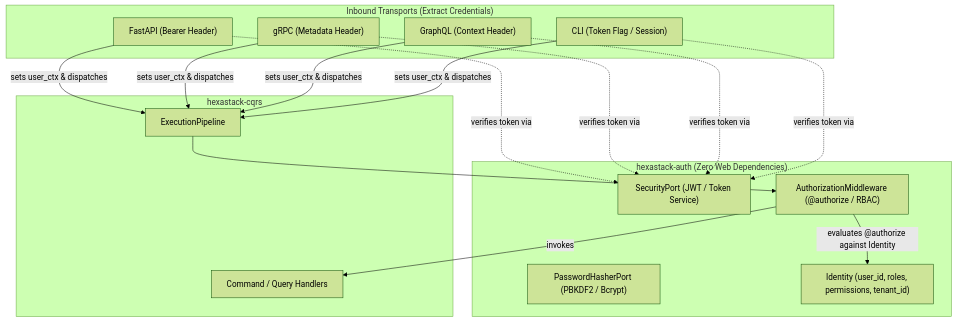
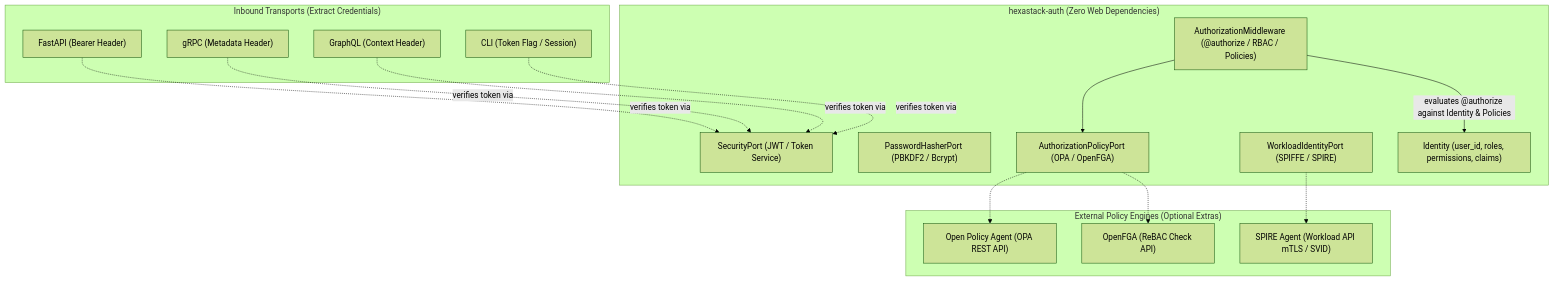
Before and after one commit to TheTrueSCU/hexastack: the diagram in packages/hexastack_auth/README.md, drawn with Mermaid (forest theme). The commit also changed other lines of this file and 35 other files, not shown here.

Commit message:
expand hexastack-auth with spire, spiffle, opa, openfga, and provide support for fastapi, graphql, grcp, and mcp.

````diff
--- a/packages/hexastack_auth/README.md
+++ b/packages/hexastack_auth/README.md
@@ -11,35 +11,36 @@
 ```mermaid
 graph TD
     subgraph DrivingTransports ["Inbound Transports (Extract Credentials)"]
         HTTP["FastAPI (Bearer Header)"]
         GRPC["gRPC (Metadata Header)"]
         GQL["GraphQL (Context Header)"]
         CLI["CLI (Token Flag / Session)"]
     end
 
     subgraph SecurityKernel ["hexastack-auth (Zero Web Dependencies)"]
         SEC_PORT["SecurityPort (JWT / Token Service)"]
         HASH_PORT["PasswordHasherPort (PBKDF2 / Bcrypt)"]
-        ID_MODEL["Identity (user_id, roles, permissions, tenant_id)"]
-        MID["AuthorizationMiddleware (@authorize / RBAC)"]
+        POLICY_PORT["AuthorizationPolicyPort (OPA / OpenFGA)"]
+        WORKLOAD_PORT["WorkloadIdentityPort (SPIFFE / SPIRE)"]
+        ID_MODEL["Identity (user_id, roles, permissions, claims)"]
+        MID["AuthorizationMiddleware (@authorize / RBAC / Policies)"]
     end
 
-    subgraph CQRS ["hexastack-cqrs"]
-        PIPE["ExecutionPipeline"]
-        CMD["Command / Query Handlers"]
+    subgraph PolicyEngines ["External Policy Engines (Optional Extras)"]
+        OPA["Open Policy Agent (OPA REST API)"]
+        OPENFGA["OpenFGA (ReBAC Check API)"]
+        SPIFFE["SPIRE Agent (Workload API mTLS / SVID)"]
     end
 
     HTTP -.->|verifies token via| SEC_PORT
     GRPC -.->|verifies token via| SEC_PORT
     GQL -.->|verifies token via| SEC_PORT
     CLI -.->|verifies token via| SEC_PORT
 
-    HTTP -->|sets user_ctx & dispatches| PIPE
-    GRPC -->|sets user_ctx & dispatches| PIPE
-    GQL -->|sets user_ctx & dispatches| PIPE
-    CLI -->|sets user_ctx & dispatches| PIPE
+    POLICY_PORT -.-> OPA
+    POLICY_PORT -.-> OPENFGA
+    WORKLOAD_PORT -.-> SPIFFE
 
-    PIPE --> MID
-    MID -->|evaluates @authorize against Identity| ID_MODEL
-    MID -->|invokes| CMD
+    MID -->|evaluates @authorize against Identity & Policies| ID_MODEL
+    MID --> POLICY_PORT
 ```
````
